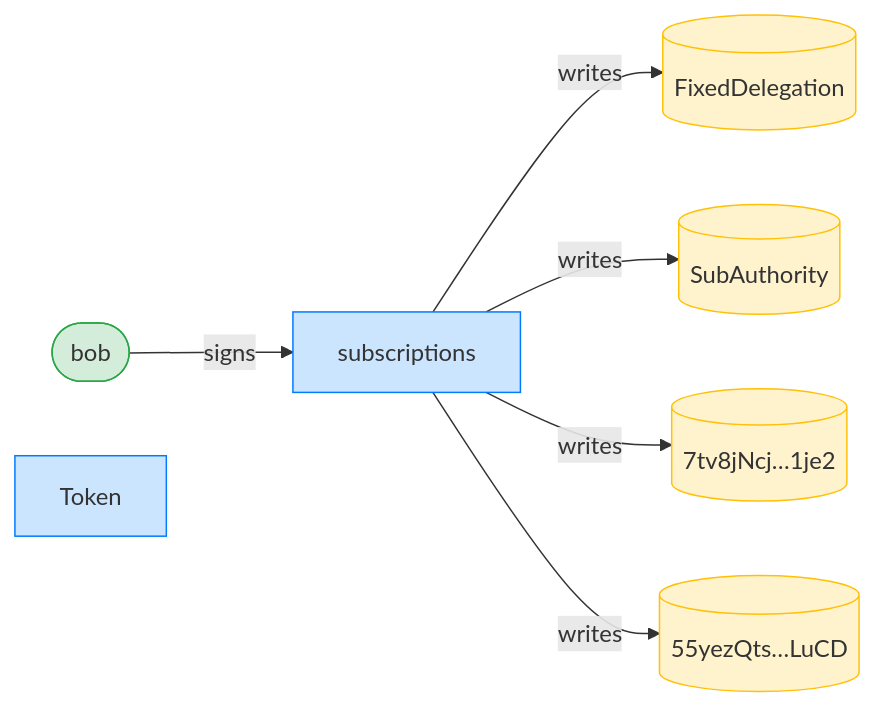
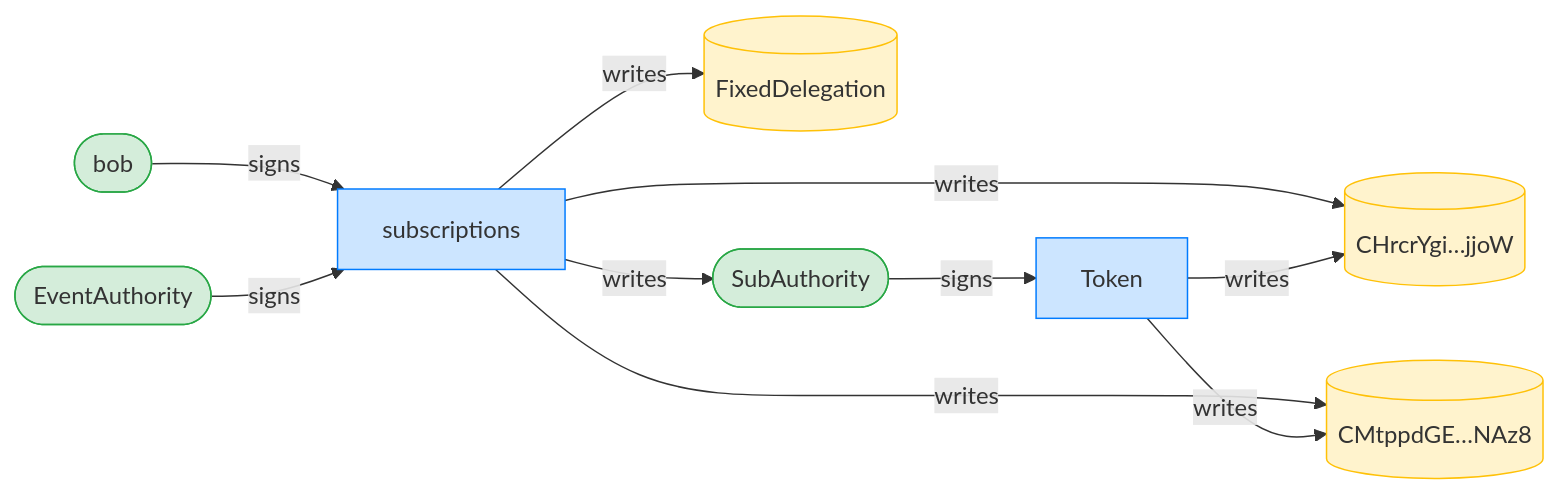
One commit to cds-rs/subscriptions changed diagram 11 of 12 in dsl_tests/fixed-transfer-within-the-drift-window-succeeds.md. Above: the diagram before and after it, drawn with Mermaid. The commit also changed other lines of this file and 224 other files, not shown here.

````diff
--- a/dsl_tests/fixed-transfer-within-the-drift-window-succeeds.md
+++ b/dsl_tests/fixed-transfer-within-the-drift-window-succeeds.md
@@ -209,18 +218,23 @@
 ```mermaid
 flowchart LR
     classDef signer fill:#d4edda,stroke:#28a745;
     classDef program fill:#cce5ff,stroke:#007bff;
     classDef writable fill:#fff3cd,stroke:#ffc107;
     subscriptions[subscriptions]:::program
     FixedDelegation[(FixedDelegation)]:::writable
-    SubAuthority[(SubAuthority)]:::writable
-    7tv8jNcj_1je2[("7tv8jNcj…1je2")]:::writable
-    55yezQts_LuCD[("55yezQts…LuCD")]:::writable
+    SubAuthority([SubAuthority]):::signer
+    CHrcrYgi_jjoW[("CHrcrYgi…jjoW")]:::writable
+    CMtppdGE_NAz8[("CMtppdGE…NAz8")]:::writable
     bob([bob]):::signer
     Token[Token]:::program
+    EventAuthority([EventAuthority]):::signer
     bob -->|signs| subscriptions
+    SubAuthority -->|signs| Token
+    EventAuthority -->|signs| subscriptions
     subscriptions -->|writes| FixedDelegation
     subscriptions -->|writes| SubAuthority
-    subscriptions -->|writes| 7tv8jNcj_1je2
-    subscriptions -->|writes| 55yezQts_LuCD
+    subscriptions -->|writes| CHrcrYgi_jjoW
+    subscriptions -->|writes| CMtppdGE_NAz8
+    Token -->|writes| CHrcrYgi_jjoW
+    Token -->|writes| CMtppdGE_NAz8
 ```
````
